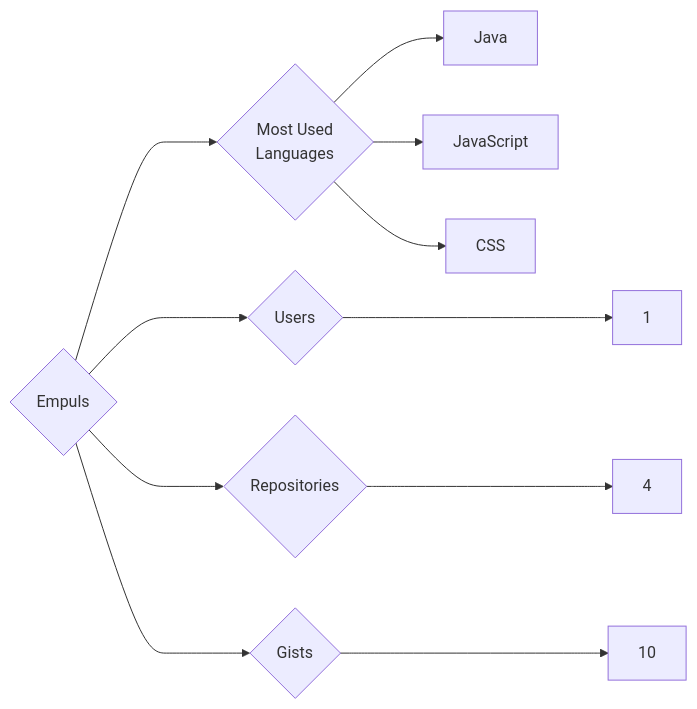
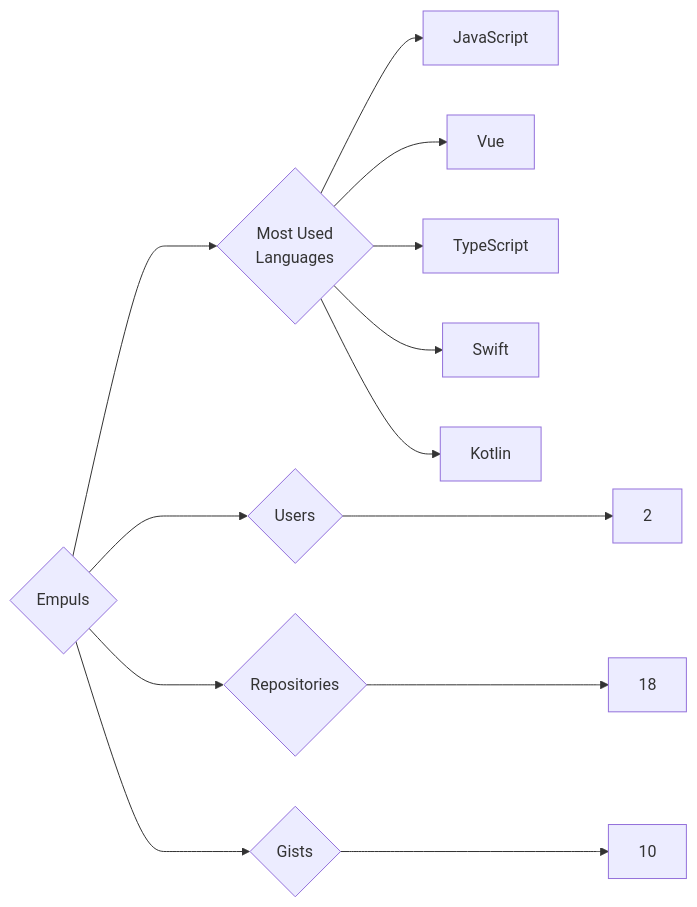
One commit to trickest/insiders changed the diagram in targets/Empuls/README.md. Above: the diagram before and after it, drawn with Mermaid. The commit also changed 914 other files, not shown here.

````diff
--- a/targets/Empuls/README.md
+++ b/targets/Empuls/README.md
@@ -3,11 +3,13 @@
 ```mermaid
 graph LR
 COMPANY_NAME{Empuls}
-COMPANY_NAME ---> U{Users} ---> UN[1]
-COMPANY_NAME ---> R{Repositories} ---> RN[4]
+COMPANY_NAME ---> U{Users} ---> UN[2]
+COMPANY_NAME ---> R{Repositories} ---> RN[18]
 COMPANY_NAME ---> G{Gists} ---> GN[10]
 COMPANY_NAME ---> ML{Most Used<br>Languages}
-ML --> Java[Java]
 ML --> JavaScript[JavaScript]
-ML --> CSS[CSS]
+ML --> Vue[Vue]
+ML --> TypeScript[TypeScript]
+ML --> Swift[Swift]
+ML --> Kotlin[Kotlin]
 ```
````
